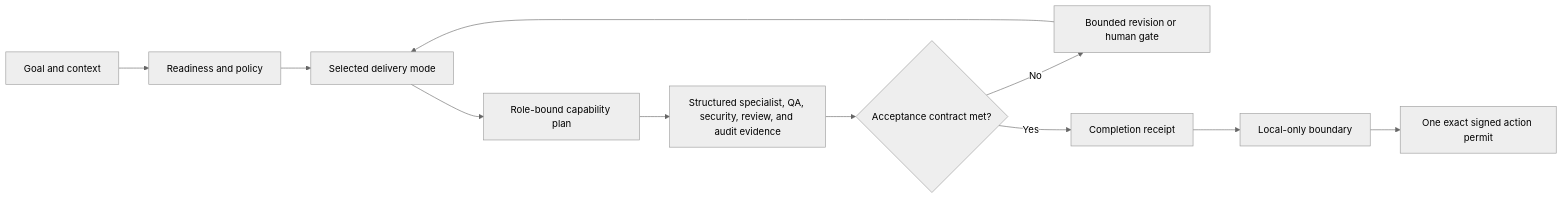
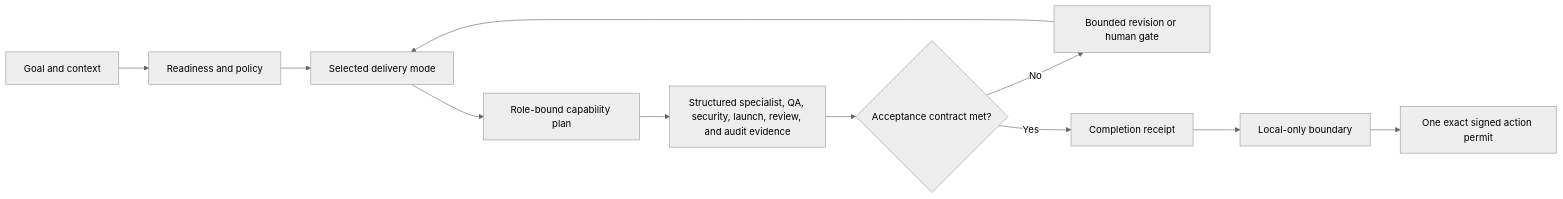
The first of 2 diagrams in README.md (JarodFroneman/jstack), drawn with Mermaid (neutral theme) before and after one commit. The commit also changed other lines of this file and 84 other files, not shown here.

````diff
--- a/README.md
+++ b/README.md
@@ -99,13 +101,13 @@
 ```mermaid
 flowchart LR
     A[Goal and context] --> B[Readiness and policy]
     B --> C[Selected delivery mode]
     C --> K[Role-bound capability plan]
-    K --> D[Structured specialist, QA, security, review, and audit evidence]
+    K --> D[Structured specialist, QA, security, launch, review, and audit evidence]
     D --> E{Acceptance contract met?}
     E -- No --> F[Bounded revision or human gate]
     F --> C
     E -- Yes --> G[Completion receipt]
     G --> H[Local-only boundary]
     H --> I[One exact signed action permit]
 ```
````
